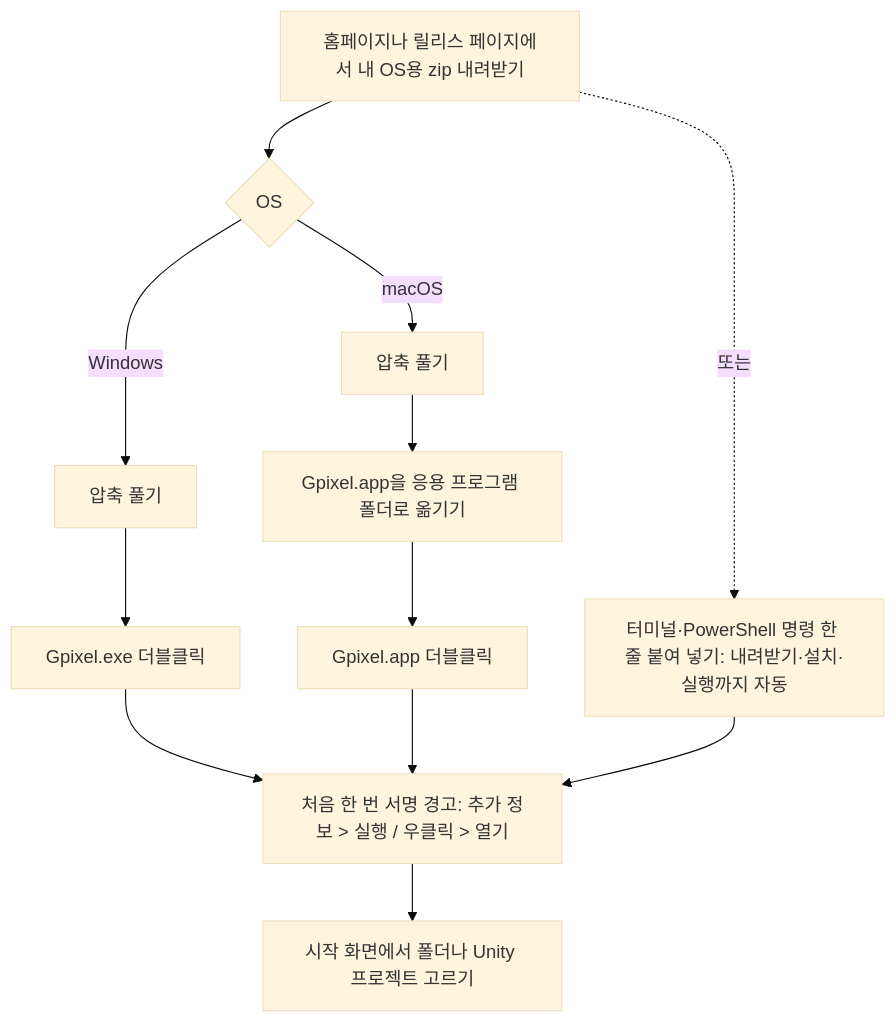
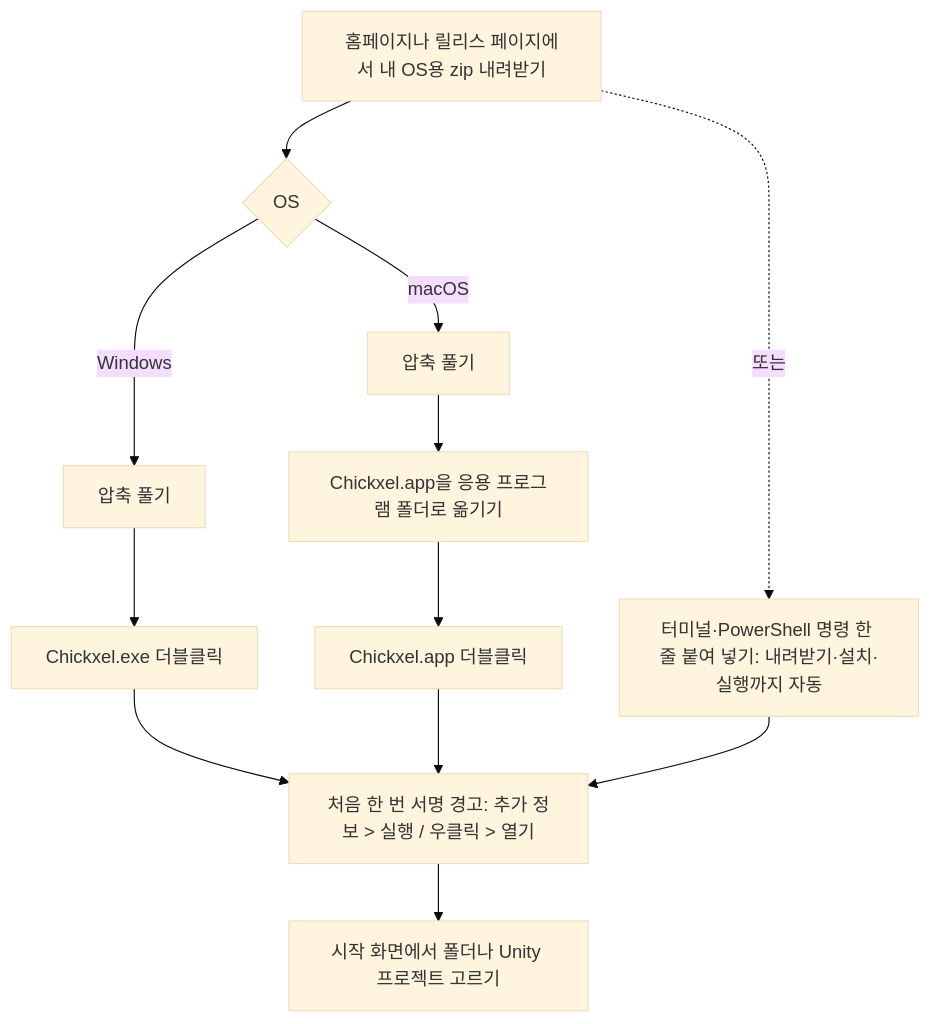
One commit to 1000Pro-1997/Chickxel changed the first of 10 diagrams in 가이드-이미지.md. Above: the diagram before and after it, drawn with Mermaid (base theme). The commit also changed other lines of this file and 1357 other files, not shown here.

````diff
--- a/가이드-이미지.md
+++ b/가이드-이미지.md
@@ -101,14 +101,14 @@
 ```mermaid
 flowchart TD
     A[홈페이지나 릴리스 페이지에서 내 OS용 zip 내려받기] --> B{OS}
     B -->|Windows| C[압축 풀기]
-    C --> D[Gpixel.exe 더블클릭]
+    C --> D[Chickxel.exe 더블클릭]
     B -->|macOS| E[압축 풀기]
-    E --> F[Gpixel.app을 응용 프로그램 폴더로 옮기기]
-    F --> G[Gpixel.app 더블클릭]
+    E --> F[Chickxel.app을 응용 프로그램 폴더로 옮기기]
+    F --> G[Chickxel.app 더블클릭]
     D --> H[처음 한 번 서명 경고: 추가 정보 > 실행 / 우클릭 > 열기]
     G --> H
     H --> I[시작 화면에서 폴더나 Unity 프로젝트 고르기]
     A -.->|또는| T[터미널·PowerShell 명령 한 줄 붙여 넣기: 내려받기·설치·실행까지 자동]
     T --> H
 ```
````
